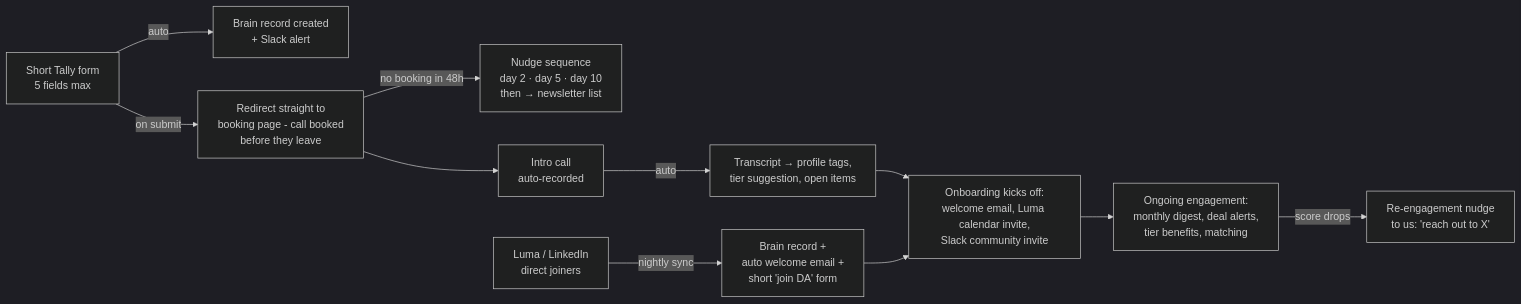
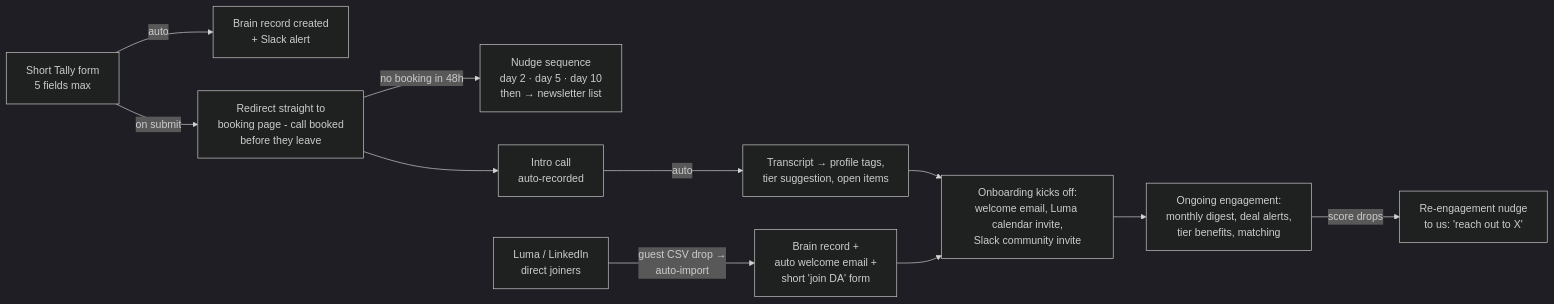
One commit to naviyaissocodelike/da-website changed the third of 10 diagrams in ops/OPERATING-SYSTEM.md. Above: the diagram before and after it, drawn with Mermaid (dark theme). The commit also changed other lines of this file and 3 other files, not shown here.

First line of the commit message:
Lock in portal, SPV, and Luma decisions; add Luma CSV import workflow

````diff
--- a/ops/OPERATING-SYSTEM.md
+++ b/ops/OPERATING-SYSTEM.md
@@ -114,13 +114,13 @@
 ```mermaid
 flowchart LR
   A["Short Tally form<br/>5 fields max"] -->|"auto"| B["Brain record created<br/>+ Slack alert"]
   A -->|"on submit"| C["Redirect straight to<br/>booking page - call booked<br/>before they leave"]
   C -->|"no booking in 48h"| N["Nudge sequence<br/>day 2 · day 5 · day 10<br/>then → newsletter list"]
   C --> D["Intro call<br/>auto-recorded"]
   D -->|"auto"| E["Transcript → profile tags,<br/>tier suggestion, open items"]
   E --> F["Onboarding kicks off:<br/>welcome email, Luma calendar invite,<br/>Slack community invite"]
   F --> G["Ongoing engagement:<br/>monthly digest, deal alerts,<br/>tier benefits, matching"]
   G -->|"score drops"| H["Re-engagement nudge<br/>to us: 'reach out to X'"]
-  L["Luma / LinkedIn<br/>direct joiners"] -->|"nightly sync"| B2["Brain record +<br/>auto welcome email +<br/>short 'join DA' form"]
+  L["Luma / LinkedIn<br/>direct joiners"] -->|"guest CSV drop →<br/>auto-import"| B2["Brain record +<br/>auto welcome email +<br/>short 'join DA' form"]
   B2 --> F
 ```
````
